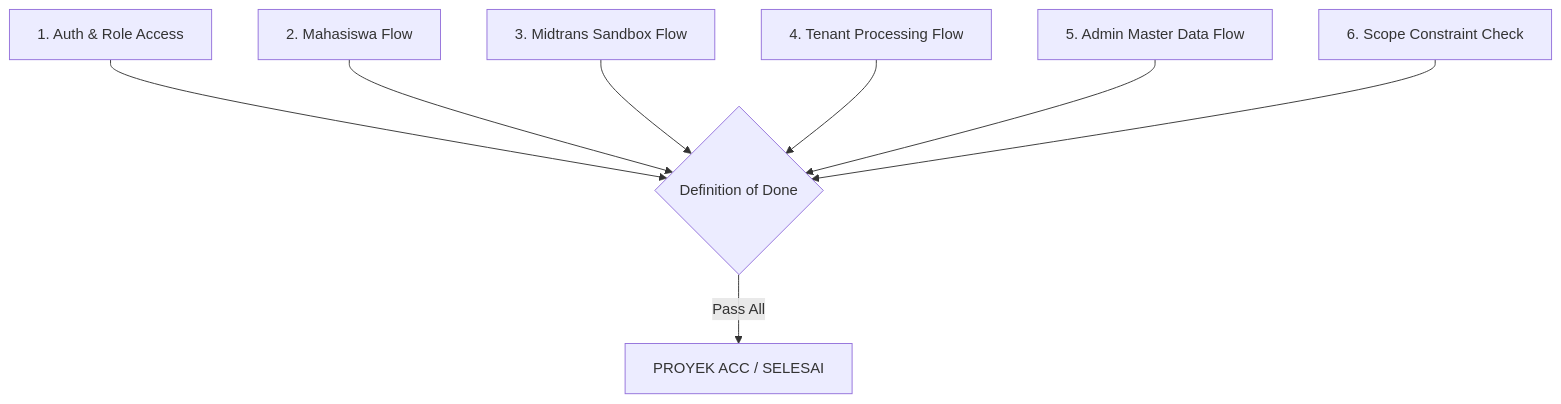
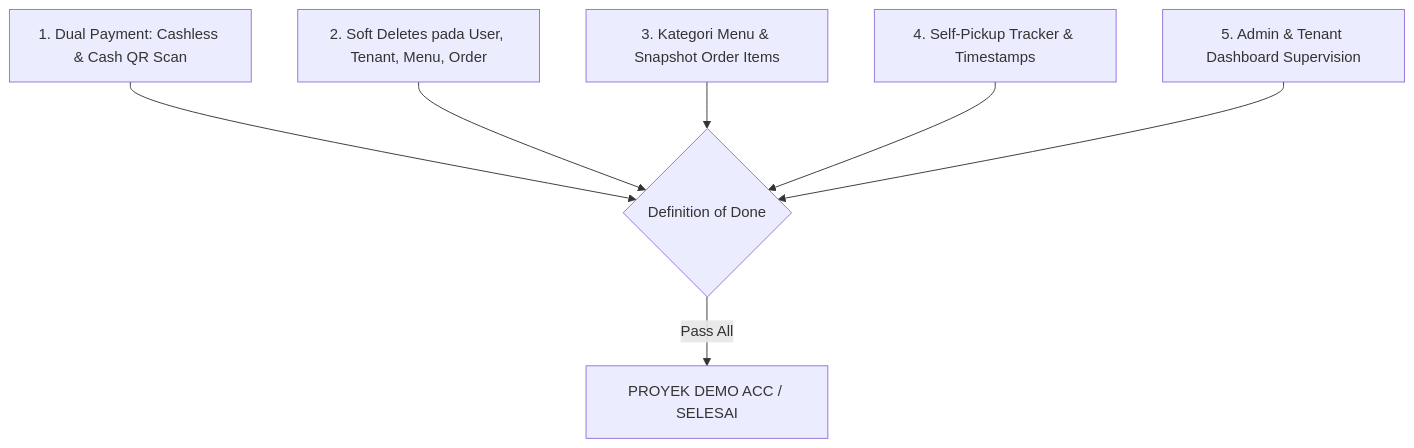
The diagram in docs/15-acceptance-criteria.md (Hnzsama/smart_canteen), drawn with Mermaid before and after one commit. The commit also changed other lines of this file and 190 other files, not shown here.

Commit message:
feat: complete project architecture, dual payment engine (cashless & cash QR scan), soft deletes, and full laravel codebase

````diff
--- a/docs/15-acceptance-criteria.md
+++ b/docs/15-acceptance-criteria.md
@@ -9,10 +5,9 @@
 ```mermaid
 flowchart TD
-    AC1[1. Auth & Role Access] --> GATE{Definition of Done}
-    AC2[2. Mahasiswa Flow] --> GATE
-    AC3[3. Midtrans Sandbox Flow] --> GATE
-    AC4[4. Tenant Processing Flow] --> GATE
-    AC5[5. Admin Master Data Flow] --> GATE
-    AC6[6. Scope Constraint Check] --> GATE
-    GATE -- Pass All --> PASSED[PROYEK ACC / SELESAI]
+    AC1[1. Dual Payment: Cashless & Cash QR Scan] --> GATE{Definition of Done}
+    AC2[2. Soft Deletes pada User, Tenant, Menu, Order] --> GATE
+    AC3[3. Kategori Menu & Snapshot Order Items] --> GATE
+    AC4[4. Self-Pickup Tracker & Timestamps] --> GATE
+    AC5[5. Admin & Tenant Dashboard Supervision] --> GATE
+    GATE -- Pass All --> PASSED[PROYEK DEMO ACC / SELESAI]
 ```
````
